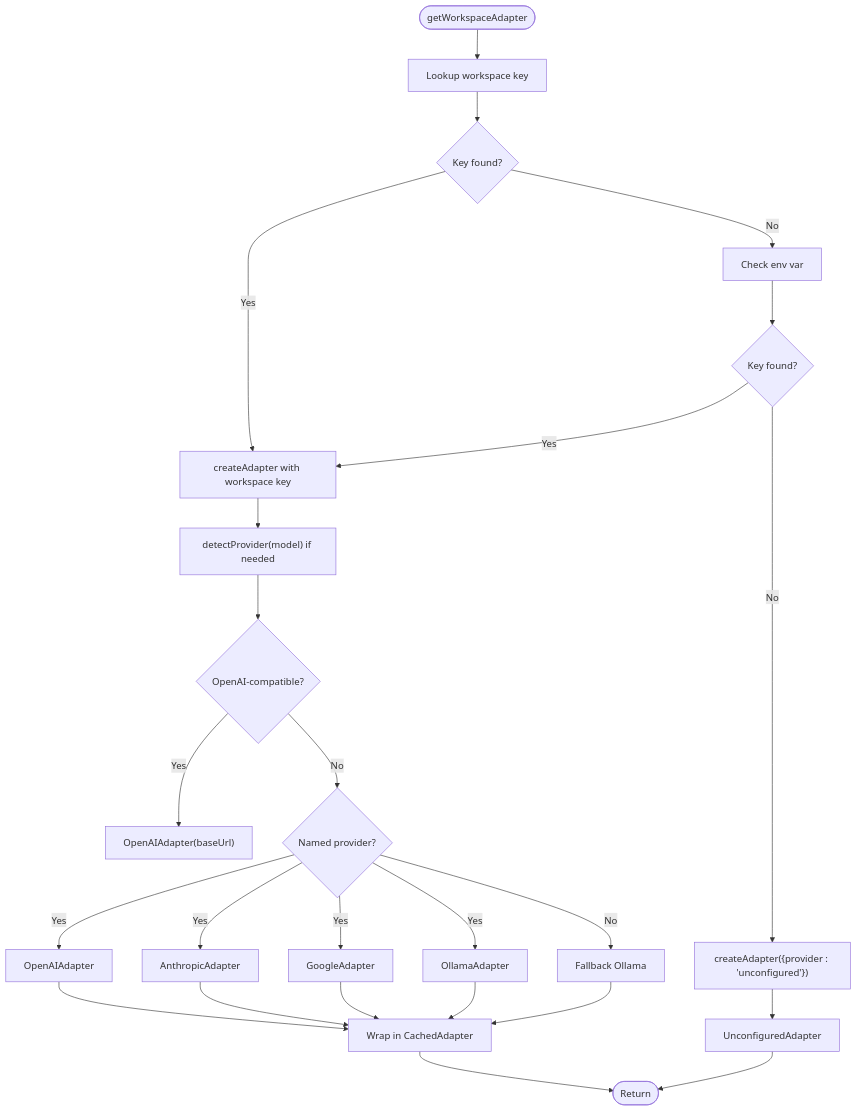
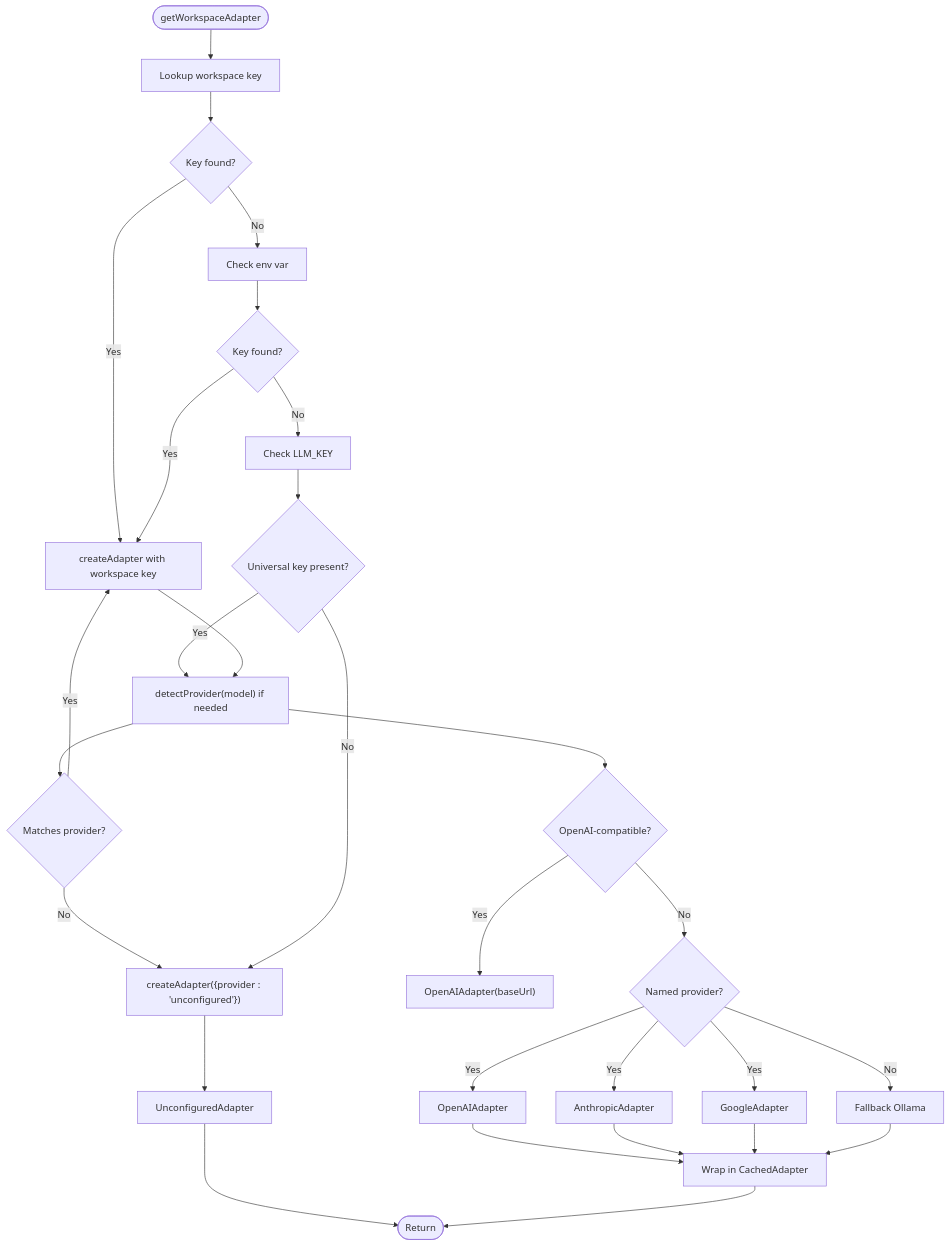
Before and after one commit to shekhargiri005-dotcom/AI-powered-accessibility-first-UI-engine: the fourth of 12 diagrams in .qoder/repowiki/en/content/Architecture & Design/Layered Architecture/Integration Layer/AI Provider Adapters.md, drawn with Mermaid. The commit also changed other lines of this file and 20 other files, not shown here.

````diff
--- a/.qoder/repowiki/en/content/Architecture & Design/Layered Architecture/Integration Layer/AI Provider Adapters.md
+++ b/.qoder/repowiki/en/content/Architecture & Design/Layered Architecture/Integration Layer/AI Provider Adapters.md
@@ -211,21 +216,26 @@
 ```mermaid
 flowchart TD
 Start(["getWorkspaceAdapter"]) --> WS["Lookup workspace key"]
 WS --> FoundWS{"Key found?"}
 FoundWS -- Yes --> Create["createAdapter with workspace key"]
 FoundWS -- No --> Env["Check env var"]
 Env --> FoundEnv{"Key found?"}
 FoundEnv -- Yes --> Create
-FoundEnv -- No --> Unconfigured["createAdapter({provider : 'unconfigured'})"]
+FoundEnv -- No --> Universal["Check LLM_KEY"]
+Universal --> HasUniversal{"Universal key present?"}
+HasUniversal -- Yes --> Detect["detectProviderFromKey(LLM_KEY)"]
+Detect --> Match{"Matches provider?"}
+Match -- Yes --> Create
+Match -- No --> Unconfigured["createAdapter({provider : 'unconfigured'})"]
+HasUniversal -- No --> Unconfigured
 Create --> Detect["detectProvider(model) if needed"]
 Detect --> Compat{"OpenAI-compatible?"}
 Compat -- Yes --> OA["OpenAIAdapter(baseUrl)"]
 Compat -- No --> Named{"Named provider?"}
 Named -- Yes --> OA2["OpenAIAdapter"] --> Wrap["Wrap in CachedAdapter"]
 Named -- Yes --> AN["AnthropicAdapter"] --> Wrap
 Named -- Yes --> GOO["GoogleAdapter"] --> Wrap
-Named -- Yes --> OLA["OllamaAdapter"] --> Wrap
 Named -- No --> OL["Fallback Ollama"] --> Wrap
 Unconfigured --> UC["UnconfiguredAdapter"] --> End(["Return"])
 Wrap --> End
 ```
````
